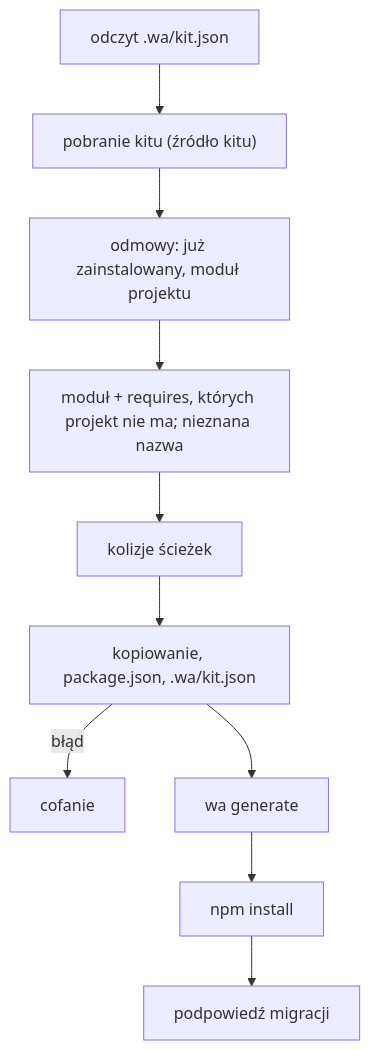
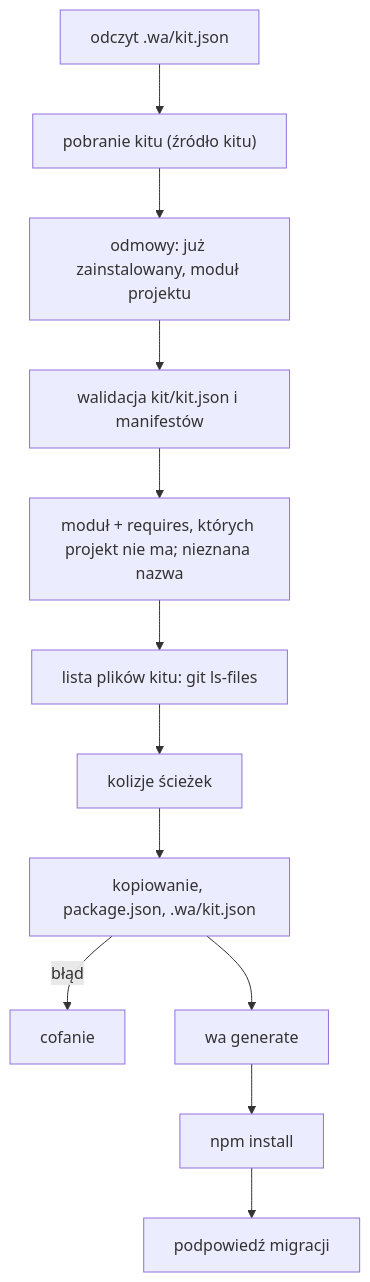
The second of 2 diagrams in docs/16-cli-wa.md (webamigos/gatojs), drawn with Mermaid before and after one commit. The commit also changed other lines of this file, not shown here.

````diff
--- a/docs/16-cli-wa.md
+++ b/docs/16-cli-wa.md
@@ -281,12 +285,14 @@
 ```mermaid
 flowchart TD
     state["odczyt .wa/kit.json"] --> source["pobranie kitu (źródło kitu)"]
     source --> refuse["odmowy: już zainstalowany, moduł projektu"]
-    refuse --> resolve["moduł + requires, których projekt nie ma; nieznana nazwa"]
-    resolve --> collide["kolizje ścieżek"]
+    refuse --> manifests["walidacja kit/kit.json i manifestów"]
+    manifests --> resolve["moduł + requires, których projekt nie ma; nieznana nazwa"]
+    resolve --> files["lista plików kitu: git ls-files"]
+    files --> collide["kolizje ścieżek"]
     collide --> copy["kopiowanie, package.json, .wa/kit.json"]
     copy -->|"błąd"| rollback["cofanie"]
     copy --> generate["wa generate"]
     generate --> install["npm install"]
     install --> hint["podpowiedź migracji"]
 ```
````
